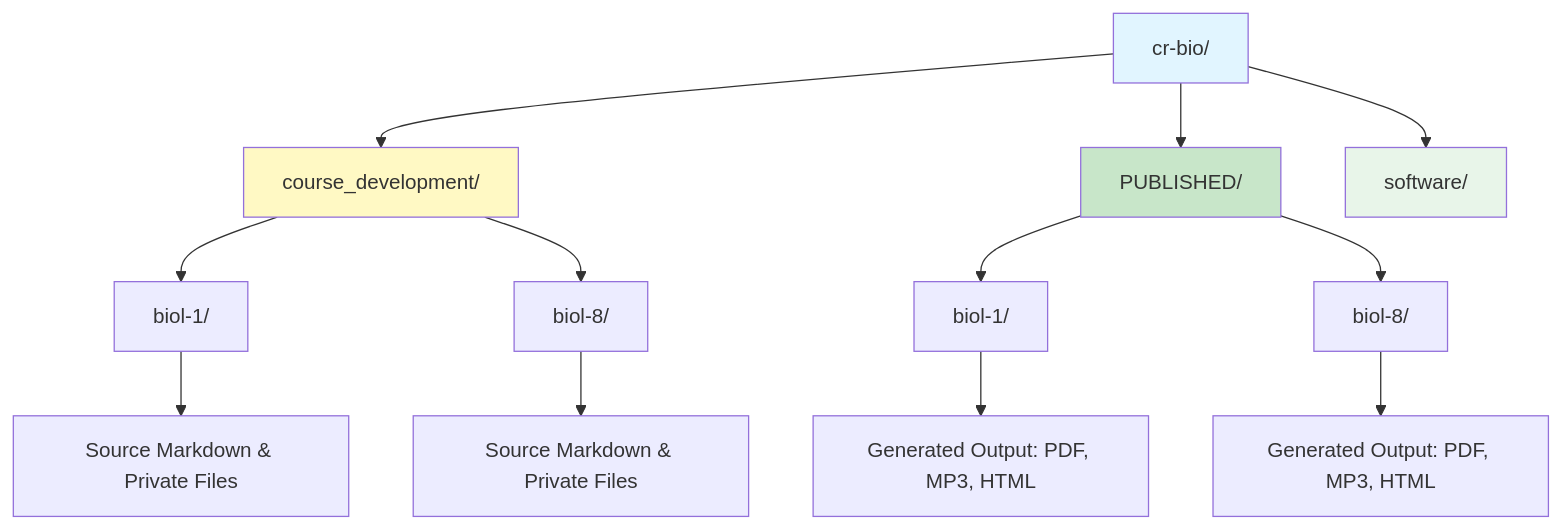
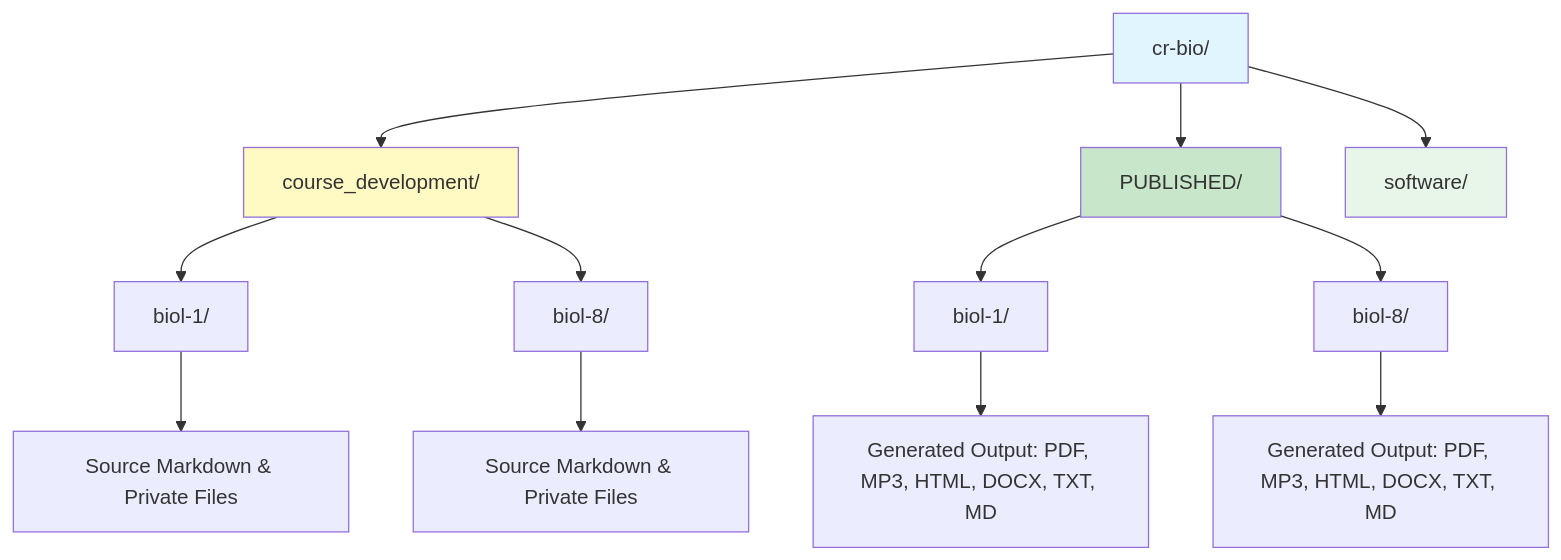
Before and after one commit to docxology/biol-1: the diagram in README.md, drawn with Mermaid. The commit also changed other lines of this file and 119 other files, not shown here.

````diff
--- a/README.md
+++ b/README.md
@@ -13,23 +13,23 @@
 ```mermaid
 graph TD
     Root[cr-bio/] --> Dev[course_development/]
     Root --> Pub[PUBLISHED/]
     Root --> Software[software/]
     
     Dev --> Biol1[biol-1/]
     Dev --> Biol8[biol-8/]
     
     Pub --> PubBiol1[biol-1/]
     Pub --> PubBiol8[biol-8/]
     
     Biol1 --> Biol1Source[Source Markdown & Private Files]
     Biol8 --> Biol8Source[Source Markdown & Private Files]
     
-    PubBiol1 --> PubBiol1M[Generated Output: PDF, MP3, HTML]
-    PubBiol8 --> PubBiol8M[Generated Output: PDF, MP3, HTML]
+    PubBiol1 --> PubBiol1M["Generated Output: PDF, MP3, HTML, DOCX, TXT, MD"]
+    PubBiol8 --> PubBiol8M["Generated Output: PDF, MP3, HTML, DOCX, TXT, MD"]
     
     style Root fill:#e1f5ff
     style Dev fill:#fff9c4
     style Pub fill:#c8e6c9
     style Software fill:#e8f5e9
 ```
````
